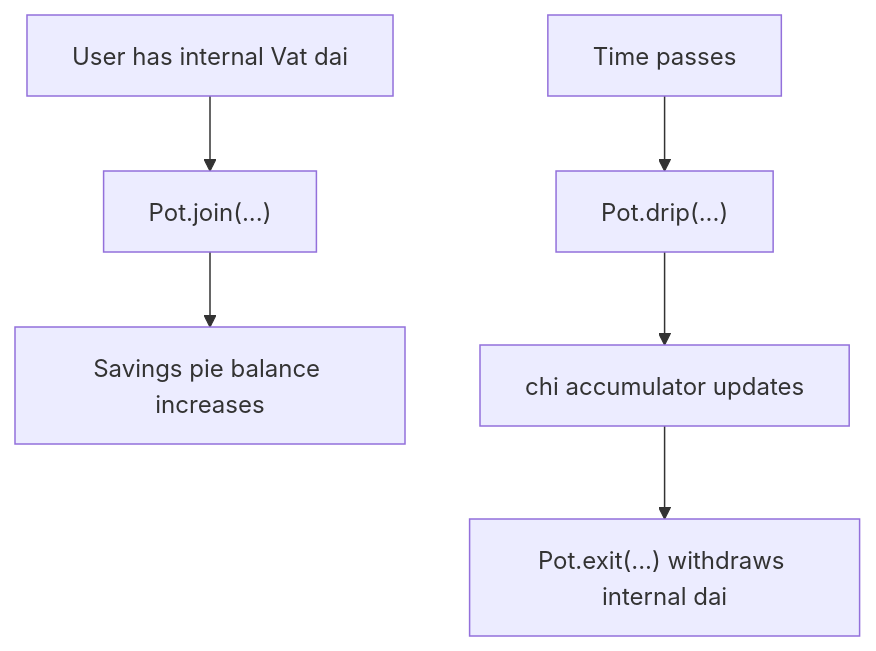
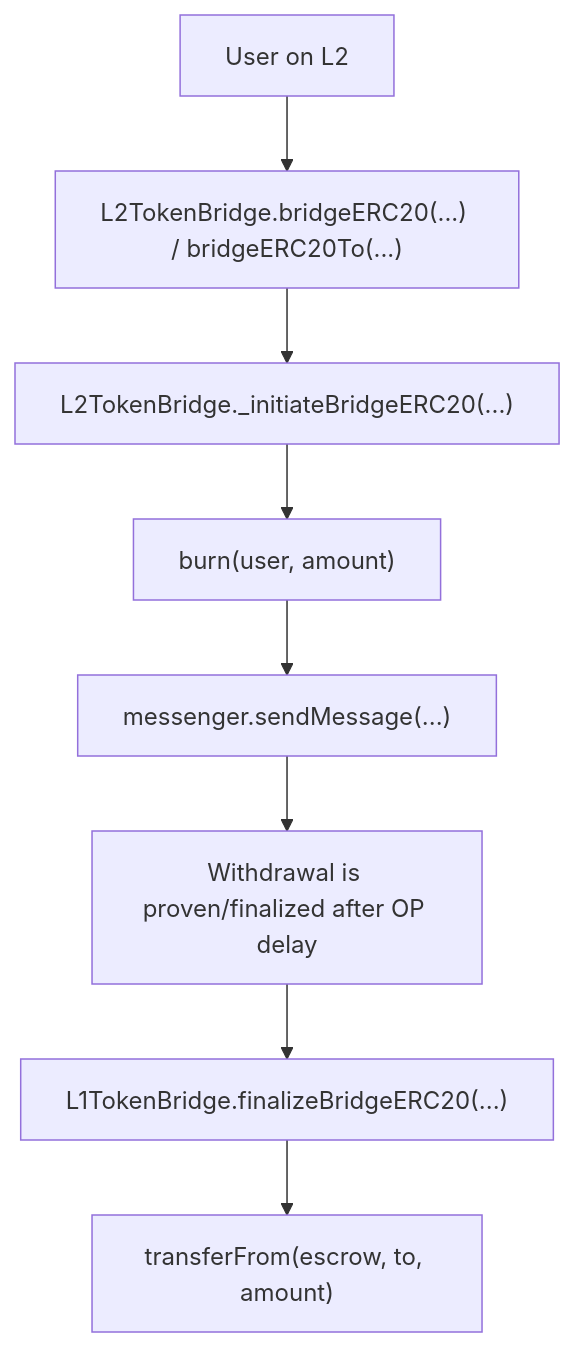
The second of 2 diagrams in README.md (Keedz1Off/Keedz1Off-sky-dai-fork-local-review), drawn with Mermaid before and after one commit. The commit also changed other lines of this file and 23 other files, not shown here.

Commit message:
Replace DSS notes with Sky OP bridge flow

````diff
--- a/README.md
+++ b/README.md
@@ -97,8 +53,10 @@
 ```mermaid
 flowchart TD
-    A["User has internal Vat dai"] --> B["Pot.join(...)"]
-    B --> C["Savings pie balance increases"]
-    D["Time passes"] --> E["Pot.drip(...)"]
-    E --> F["chi accumulator updates"]
-    F --> G["Pot.exit(...) withdraws internal dai"]
+    A["User on L2"] --> B["L2TokenBridge.bridgeERC20(...) / bridgeERC20To(...)"]
+    B --> C["L2TokenBridge._initiateBridgeERC20(...)"]
+    C --> D["burn(user, amount)"]
+    D --> E["messenger.sendMessage(...)"]
+    E --> F["Withdrawal is proven/finalized after OP delay"]
+    F --> G["L1TokenBridge.finalizeBridgeERC20(...)"]
+    G --> H["transferFrom(escrow, to, amount)"]
 ```
````
